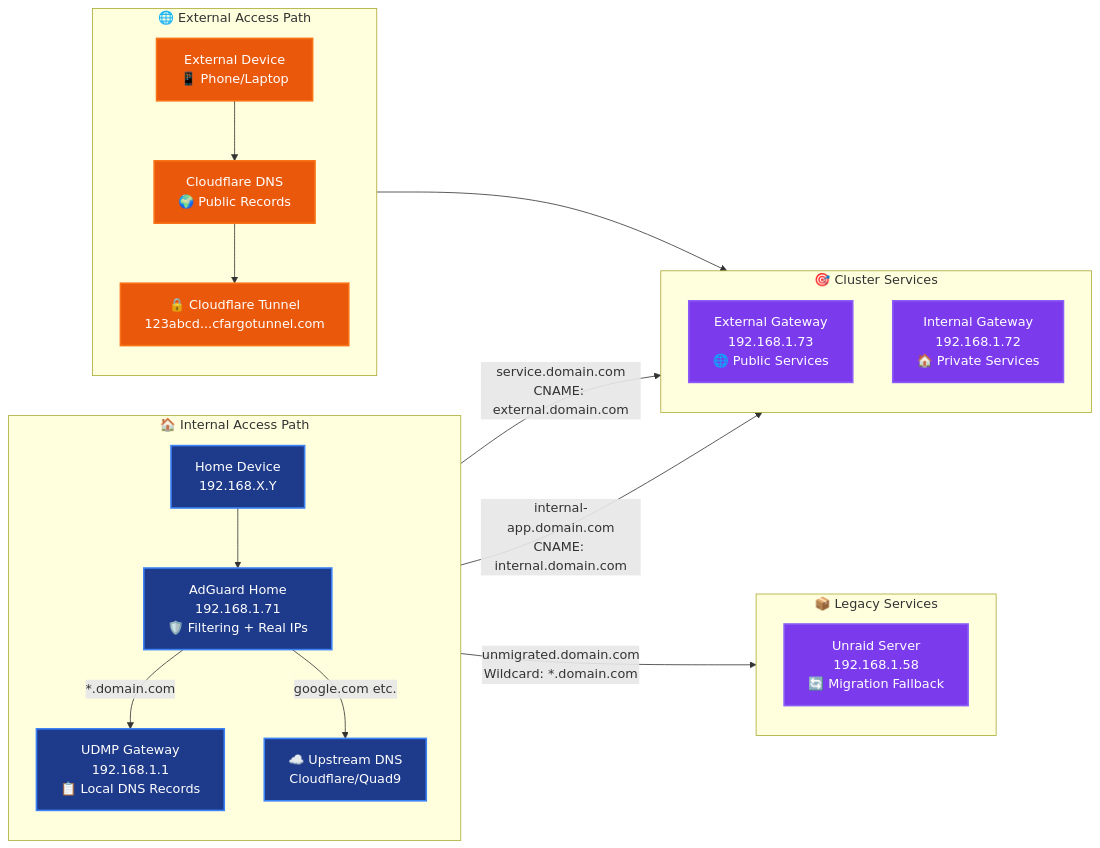
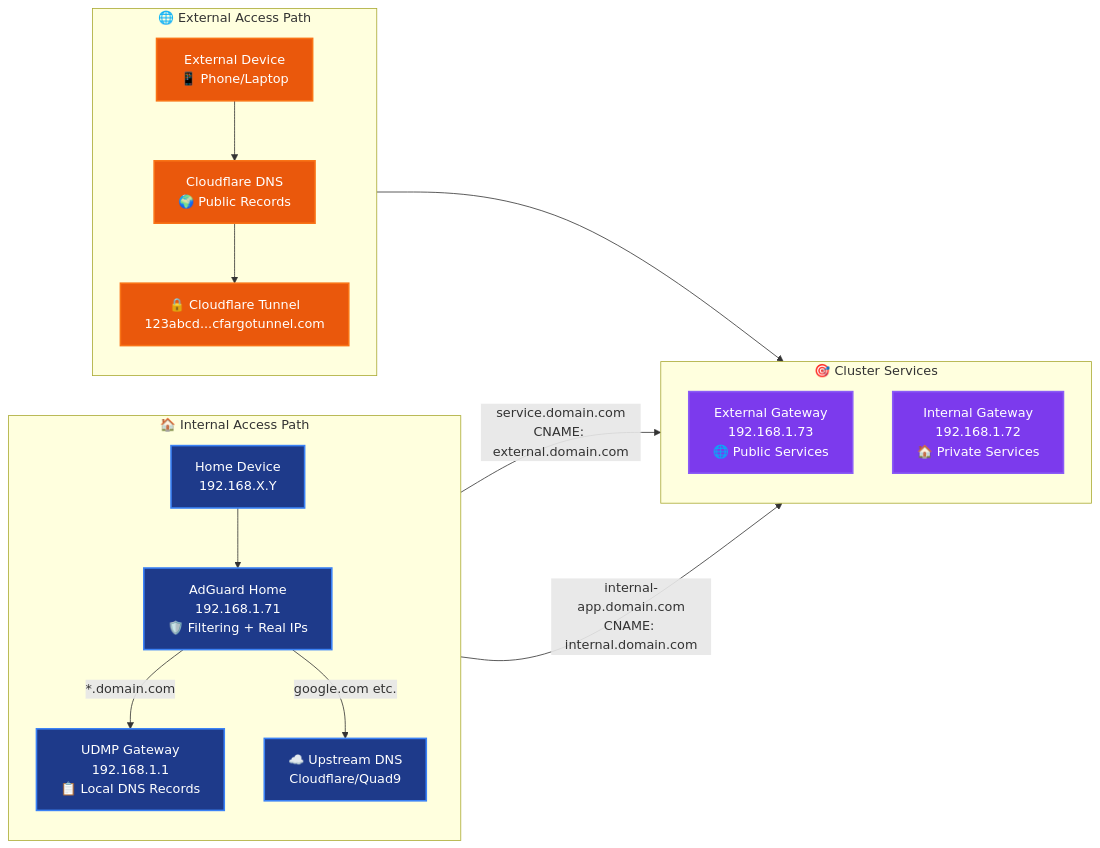
The first of 3 diagrams in docs/architecture/dns-architecture.md (rcdailey/home-ops), drawn with Mermaid before and after one commit. The commit also changed other lines of this file and 2 other files, not shown here.

First line of the commit message:
docs: remove legacy migration documentation

````diff
--- a/docs/architecture/dns-architecture.md
+++ b/docs/architecture/dns-architecture.md
@@ -17,51 +16,45 @@
 ```mermaid
 flowchart LR
     subgraph Internal["🏠 Internal Access Path"]
         direction TB
         Client[Home Device<br/>192.168.X.Y]
         AGH[AdGuard Home<br/>192.168.1.71<br/>🛡️ Filtering + Real IPs]
         UDMP[UDMP Gateway<br/>192.168.1.1<br/>📋 Local DNS Records]
 
         Client --> AGH
         AGH -->|"*.domain.com"| UDMP
         AGH -->|"google.com etc."| Upstream[☁️ Upstream DNS<br/>Cloudflare/Quad9]
     end
 
     subgraph External["🌐 External Access Path"]
         direction TB
         ExternalClient[External Device<br/>📱 Phone/Laptop]
         CloudflareDNS[Cloudflare DNS<br/>🌍 Public Records]
         CFTunnel[🔒 Cloudflare Tunnel<br/>123abcd...cfargotunnel.com]
 
         ExternalClient --> CloudflareDNS
         CloudflareDNS --> CFTunnel
     end
 
     subgraph ClusterServices["🎯 Cluster Services"]
         direction TB
         ExtGW[External Gateway<br/>192.168.1.73<br/>🌐 Public Services]
         IntGW[Internal Gateway<br/>192.168.1.72<br/>🏠 Private Services]
     end
 
-    subgraph LegacyServices["📦 Legacy Services"]
-        direction TB
-        Legacy[Unraid Server<br/>192.168.1.58<br/>🔄 Migration Fallback]
-    end
-
     %% Internal resolution paths
     UDMP -->|"service.domain.com<br/>CNAME: external.domain.com"| ExtGW
     UDMP -->|"internal-app.domain.com<br/>CNAME: internal.domain.com"| IntGW
-    UDMP -->|"unmigrated.domain.com<br/>Wildcard: *.domain.com"| Legacy
 
     %% External resolution path
     CFTunnel --> ExtGW
 
     %% Styling
     classDef internal fill:#1e3a8a,stroke:#3b82f6,stroke-width:2px,color:#ffffff
     classDef external fill:#ea580c,stroke:#f97316,stroke-width:2px,color:#ffffff
     classDef services fill:#7c3aed,stroke:#8b5cf6,stroke-width:2px,color:#ffffff
 
     class Client,AGH,UDMP,Upstream internal
     class ExternalClient,CloudflareDNS,CFTunnel external
-    class ExtGW,IntGW,Legacy services
+    class ExtGW,IntGW services
 ```
````
